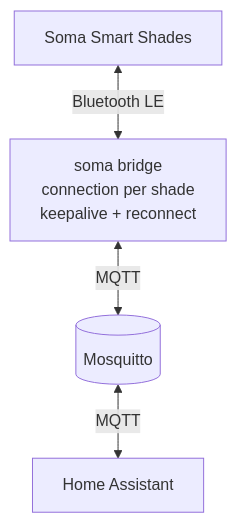
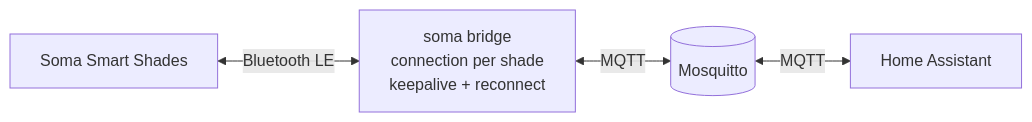
The diagram in README.md (vanderkley/soma-shades), drawn with Mermaid before and after one commit. The commit also changed other lines of this file and 6 other files, not shown here.

````diff
--- a/README.md
+++ b/README.md
@@ -226,11 +11,6 @@
 ```mermaid
-flowchart TB
-    shades["Soma Smart Shades"]
-    bridge["soma bridge<br/>connection per shade<br/>keepalive + reconnect"]
-    broker[("Mosquitto")]
-    ha["Home Assistant"]
-
-    shades <-- "Bluetooth LE" --> bridge
-    bridge <-- "MQTT" --> broker
-    broker <-- "MQTT" --> ha
+flowchart LR
+    shades["Soma Smart Shades"] <-- "Bluetooth LE" --> bridge["soma bridge<br/>connection per shade<br/>keepalive + reconnect"]
+    bridge <-- "MQTT" --> broker[("Mosquitto")]
+    broker <-- "MQTT" --> ha["Home Assistant"]
 ```
````
